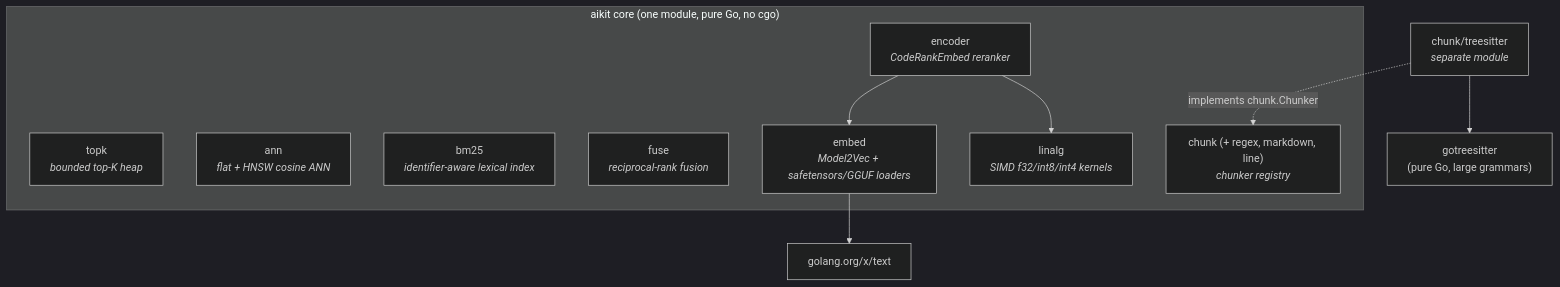
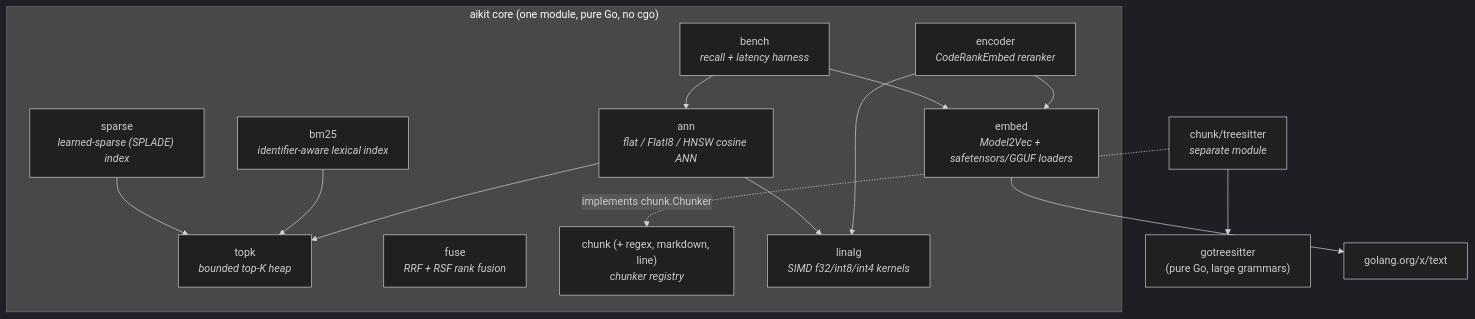
One commit to townsendmerino/aikit changed the first of 3 diagrams in docs/architecture.md. Above: the diagram before and after it, drawn with Mermaid (dark theme). The commit also changed other lines of this file and 2 other files, not shown here.

Commit message:
docs: sync package DAG + treesitter lockstep with v1.2 reality; pin windows CI
These doc edits missed v1.2.0 — they were uncommitted in the working tree when the
tag was cut at 14ffb7d, so pkg.go.dev would render the stale DAG (ann shown with
no deps, sparse/bench absent). Landing on main for the next tag:

- Package DAG + deps table: ann → linalg, topk; bm25, sparse → topk; bench → ann
  (embed is a test-only dep of the harness, shown for context); added the sparse
  and bench nodes and the ann→linalg edge — ann scores through linalg's SIMD dot
  kernels since v1.2.
- treesitter lockstep: the README promised unconditional "versioned in lockstep
  with the core," but practice (and the 1.1.x precedent) is lockstep only when the
  submodule changes. Its code is unchanged since v1.0.0 and the core chunk.Chunker
  contract is Hard-tier stable, so v1.2.0 ships no chunk/treesitter tag — reworded
  to match.
- CI: pin the windows job to windows-2025 ahead of GitHub's 2026-06-15
  windows-latest redirect, so the runner image can't shift unannounced.

Docs/CI only; no code change.

````diff
--- a/docs/architecture.md
+++ b/docs/architecture.md
@@ -49,18 +49,26 @@
 ```mermaid
 graph TD
     subgraph core ["aikit core (one module, pure Go, no cgo)"]
         topk["topk<br/><i>bounded top-K heap</i>"]
-        ann["ann<br/><i>flat + HNSW cosine ANN</i>"]
+        ann["ann<br/><i>flat / FlatI8 / HNSW cosine ANN</i>"]
         bm25["bm25<br/><i>identifier-aware lexical index</i>"]
-        fuse["fuse<br/><i>reciprocal-rank fusion</i>"]
+        sparse["sparse<br/><i>learned-sparse (SPLADE) index</i>"]
+        fuse["fuse<br/><i>RRF + RSF rank fusion</i>"]
         chunk["chunk (+ regex, markdown, line)<br/><i>chunker registry</i>"]
         linalg["linalg<br/><i>SIMD f32/int8/int4 kernels</i>"]
         embed["embed<br/><i>Model2Vec + safetensors/GGUF loaders</i>"]
         encoder["encoder<br/><i>CodeRankEmbed reranker</i>"]
+        bench["bench<br/><i>recall + latency harness</i>"]
         encoder --> embed
         encoder --> linalg
+        ann --> linalg
+        ann --> topk
+        bm25 --> topk
+        sparse --> topk
+        bench --> ann
+        bench --> embed
     end
     ts["chunk/treesitter<br/><i>separate module</i>"] -.->|implements chunk.Chunker| chunk
     ts --> gts["gotreesitter<br/>(pure Go, large grammars)"]
     embed --> xtext["golang.org/x/text"]
 ```
````
